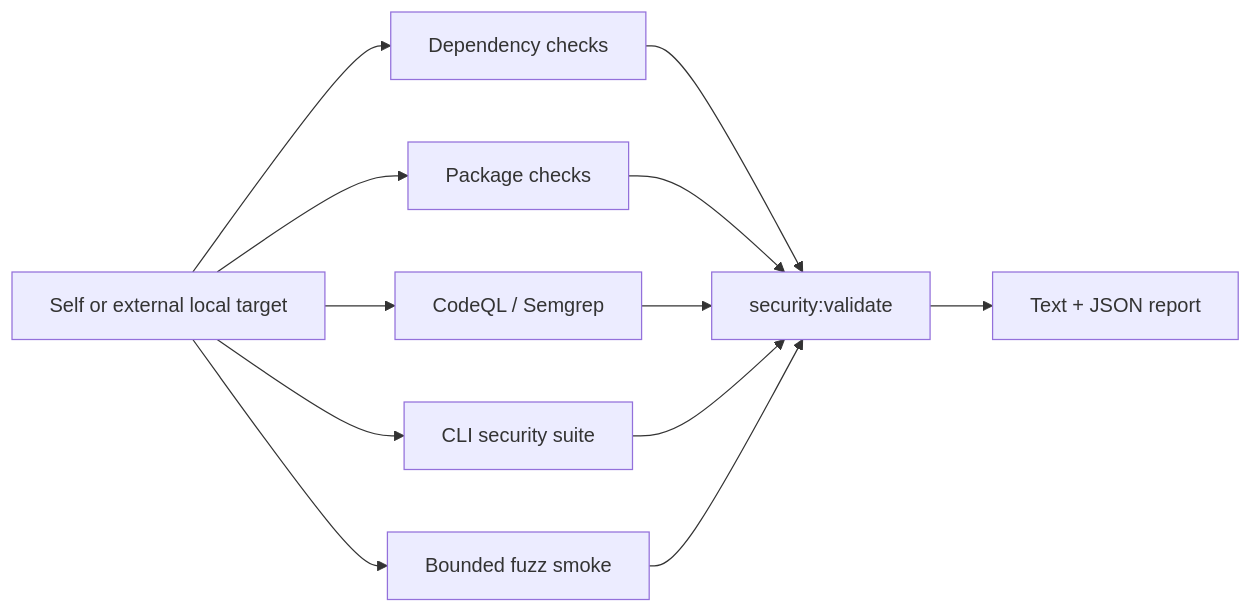
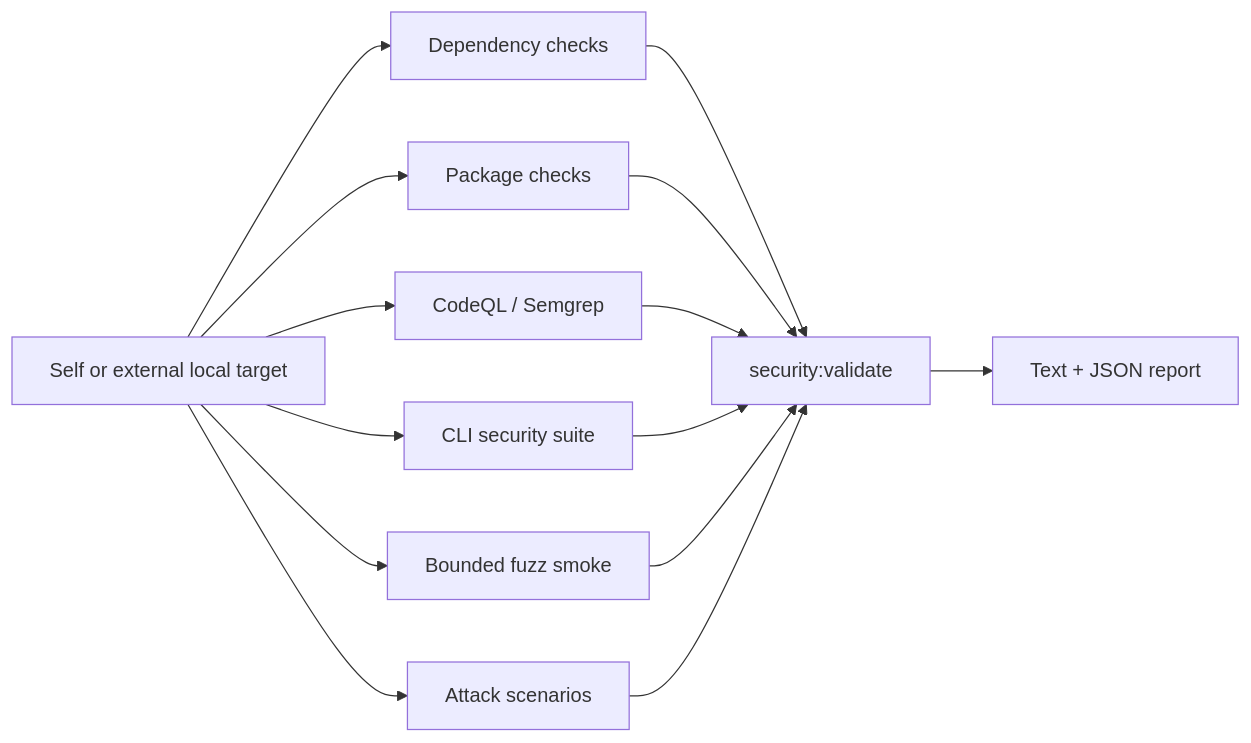
The diagram in docs/security-validation-framework.md (dailephd/my-dev-kit-lab), drawn with Mermaid before and after one commit. The commit also changed other lines of this file and 67 other files, not shown here.

````diff
--- a/docs/security-validation-framework.md
+++ b/docs/security-validation-framework.md
@@ -28,14 +31,16 @@
 ```mermaid
 flowchart LR
   Target[Self or external local target] --> Dependency[Dependency checks]
   Target --> Package[Package checks]
   Target --> Static[CodeQL / Semgrep]
   Target --> CLI[CLI security suite]
   Target --> Fuzz[Bounded fuzz smoke]
+  Target --> Scenarios[Attack scenarios]
   Dependency --> Gate[security:validate]
   Package --> Gate
   Static --> Gate
   CLI --> Gate
   Fuzz --> Gate
+  Scenarios --> Gate
   Gate --> Report[Text + JSON report]
 ```
````
